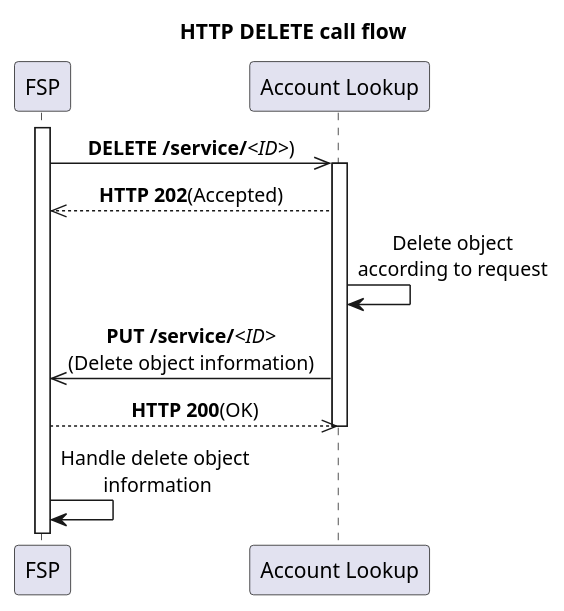
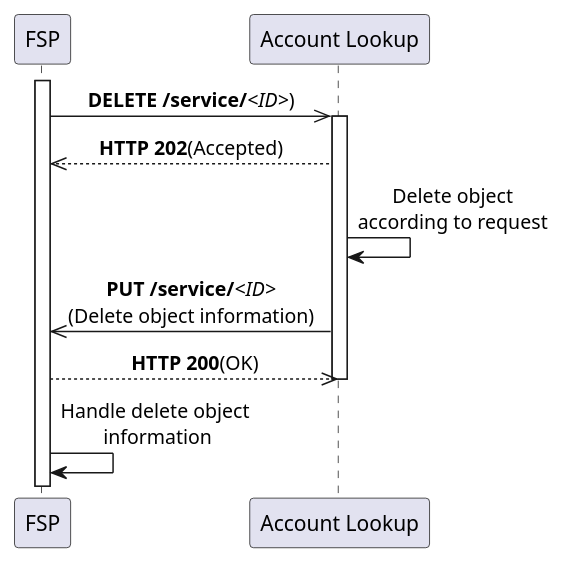
The diagram in assets/diagrams/sequence/figure3.plantuml (mojaloop/mojaloop-specification), drawn with PlantUML before and after one commit. The commit also changed 26 other files, not shown here.

Commit message:
Updates to .svg and .plantuml files.

```diff
--- a/assets/diagrams/sequence/figure3.plantuml
+++ b/assets/diagrams/sequence/figure3.plantuml
@@ -25,27 +25,27 @@
 @startuml
 ' declaring skinparam
 skinparam sequenceMessageAlign center
 
 ' declare title
-title HTTP DELETE call flow
+' title HTTP DELETE call flow
 
 ' Actor Keys:
 ' participant - FSP or Switch
 
 ' declare actors
 participant "FSP" as FSP
 participant "Account Lookup" as ALS
 
 ' start flow
 
 activate FSP
 FSP ->> ALS: **DELETE /service/**//<ID>//)
 activate ALS
 FSP <<-- ALS: **HTTP 202**(Accepted)
 ALS -> ALS: Delete object\naccording to request
 FSP <<- ALS: **PUT /service/**//<ID>//\n(Delete object information)
 FSP -->> ALS: **HTTP 200**(OK)
 deactivate ALS
 FSP -> FSP: Handle delete object\n information
 ' deactivate FSP
 @enduml
```
